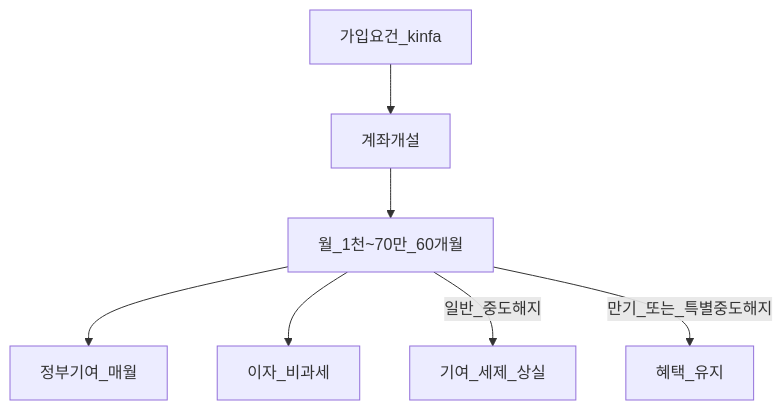
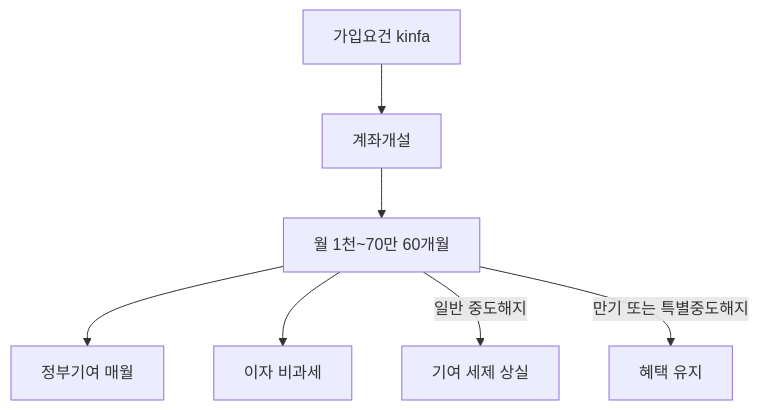
One commit to goldanghenry/Finances changed the first of 3 diagrams in 06-korea-policy/youth-leap-account.md. Above: the diagram before and after it, drawn with Mermaid. The commit also changed other lines of this file and 211 other files, not shown here.

````diff
--- a/06-korea-policy/youth-leap-account.md
+++ b/06-korea-policy/youth-leap-account.md
@@ -86,9 +95,9 @@
 ```mermaid
 flowchart TD
-  Elig[가입요건_kinfa] --> Open[계좌개설]
-  Open --> Pay[월_1천~70만_60개월]
-  Pay --> Gov[정부기여_매월]
-  Pay --> Int[이자_비과세]
-  Pay -->|일반_중도해지| Loss[기여_세제_상실]
-  Pay -->|만기_또는_특별중도해지| OK[혜택_유지]
+  Elig["가입요건 kinfa"] --> Open[계좌개설]
+  Open --> Pay["월 1천~70만 60개월"]
+  Pay --> Gov["정부기여 매월"]
+  Pay --> Int["이자 비과세"]
+  Pay -->|"일반 중도해지"| Loss["기여 세제 상실"]
+  Pay -->|"만기 또는 특별중도해지"| OK["혜택 유지"]
 ```
````
